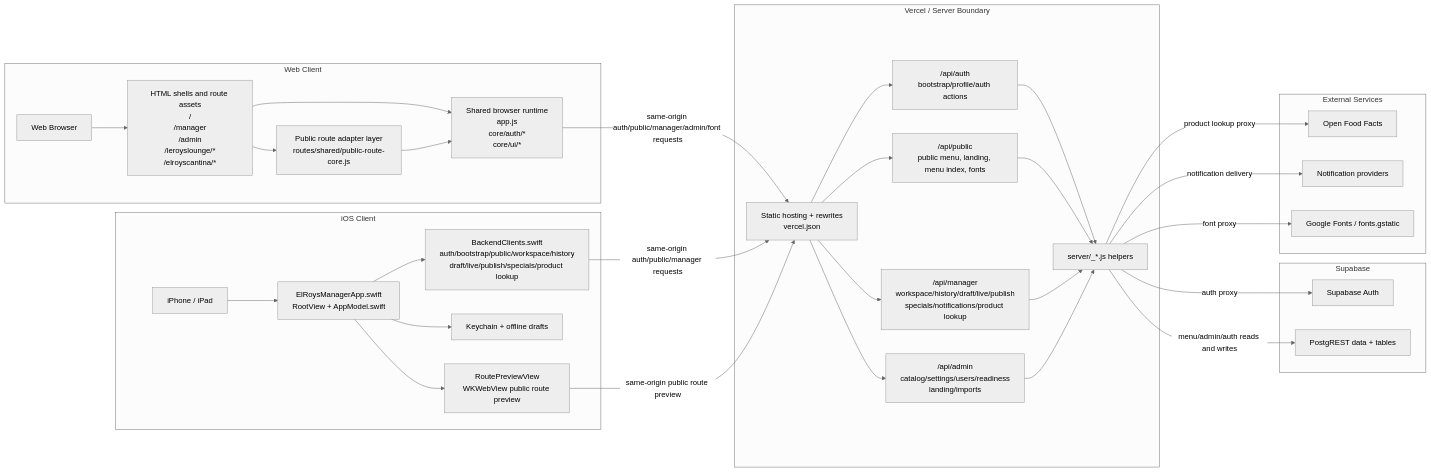
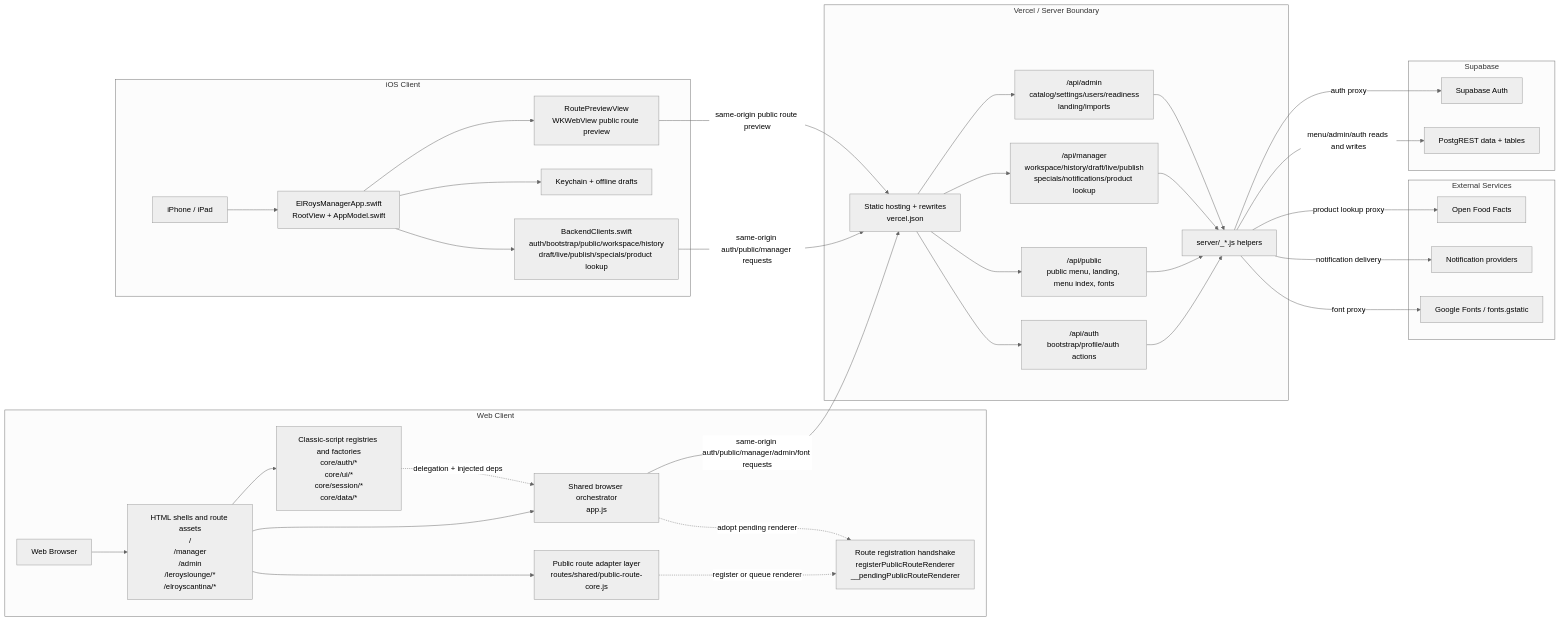
Before and after one commit to stiehl122/El-Roys-Drink-Menu: the diagram in docs/current-architecture-flowchart.md, drawn with Mermaid (neutral theme). The commit also changed other lines of this file and 10 other files, not shown here.

Commit message:
Harden auth flows and session boundaries

````diff
--- a/docs/current-architecture-flowchart.md
+++ b/docs/current-architecture-flowchart.md
@@ -24,64 +24,69 @@
 ```mermaid
 flowchart LR
   Browser["Web Browser"]
   Phone["iPhone / iPad"]
 
   subgraph Web["Web Client"]
     WebShells["HTML shells and route assets<br/>/<br/>/manager<br/>/admin<br/>/leroyslounge/*<br/>/elroyscantina/*"]
+    WebModules["Classic-script registries and factories<br/>core/auth/*<br/>core/ui/*<br/>core/session/*<br/>core/data/*"]
     RouteCore["Public route adapter layer<br/>routes/shared/public-route-core.js"]
-    WebRuntime["Shared browser runtime<br/>app.js<br/>core/auth/*<br/>core/ui/*"]
+    RouteHandshake["Route registration handshake<br/>registerPublicRouteRenderer<br/>__pendingPublicRouteRenderer"]
+    WebRuntime["Shared browser orchestrator<br/>app.js"]
     Browser --> WebShells
+    WebShells --> WebModules
+    WebShells --> WebRuntime
     WebShells --> RouteCore
-    WebShells --> WebRuntime
-    RouteCore --> WebRuntime
+    WebModules -.delegation + injected deps.-> WebRuntime
+    RouteCore -.register or queue renderer.-> RouteHandshake
+    WebRuntime -.adopt pending renderer.-> RouteHandshake
   end
 
   subgraph IOS["iOS Client"]
     IOSApp["ElRoysManagerApp.swift<br/>RootView + AppModel.swift"]
     IOSClients["BackendClients.swift<br/>auth/bootstrap/public/workspace/history<br/>draft/live/publish/specials/product lookup"]
     IOSLocal["Keychain + offline drafts"]
     IOSPreview["RoutePreviewView<br/>WKWebView public route preview"]
     Phone --> IOSApp
     IOSApp --> IOSClients
     IOSApp --> IOSLocal
     IOSApp --> IOSPreview
   end
 
   subgraph Server["Vercel / Server Boundary"]
     Vercel["Static hosting + rewrites<br/>vercel.json"]
     AuthAPI["/api/auth<br/>bootstrap/profile/auth actions"]
     PublicAPI["/api/public<br/>public menu, landing, menu index, fonts"]
     ManagerAPI["/api/manager<br/>workspace/history/draft/live/publish<br/>specials/notifications/product lookup"]
     AdminAPI["/api/admin<br/>catalog/settings/users/readiness<br/>landing/imports"]
     Helpers["server/_*.js helpers"]
     Vercel --> AuthAPI
     Vercel --> PublicAPI
     Vercel --> ManagerAPI
     Vercel --> AdminAPI
     AuthAPI --> Helpers
     PublicAPI --> Helpers
     ManagerAPI --> Helpers
     AdminAPI --> Helpers
   end
 
   subgraph Supabase["Supabase"]
     SBA["Supabase Auth"]
     SBD["PostgREST data + tables"]
   end
 
   subgraph External["External Services"]
     OFF["Open Food Facts"]
     Notify["Notification providers"]
     Fonts["Google Fonts / fonts.gstatic"]
   end
 
   WebRuntime -->|same-origin auth/public/manager/admin/font requests| Vercel
   IOSClients -->|same-origin auth/public/manager requests| Vercel
   IOSPreview -->|same-origin public route preview| Vercel
 
   Helpers -->|auth proxy| SBA
   Helpers -->|menu/admin/auth reads and writes| SBD
   Helpers -->|product lookup proxy| OFF
   Helpers -->|notification delivery| Notify
   Helpers -->|font proxy| Fonts
 ```
````
